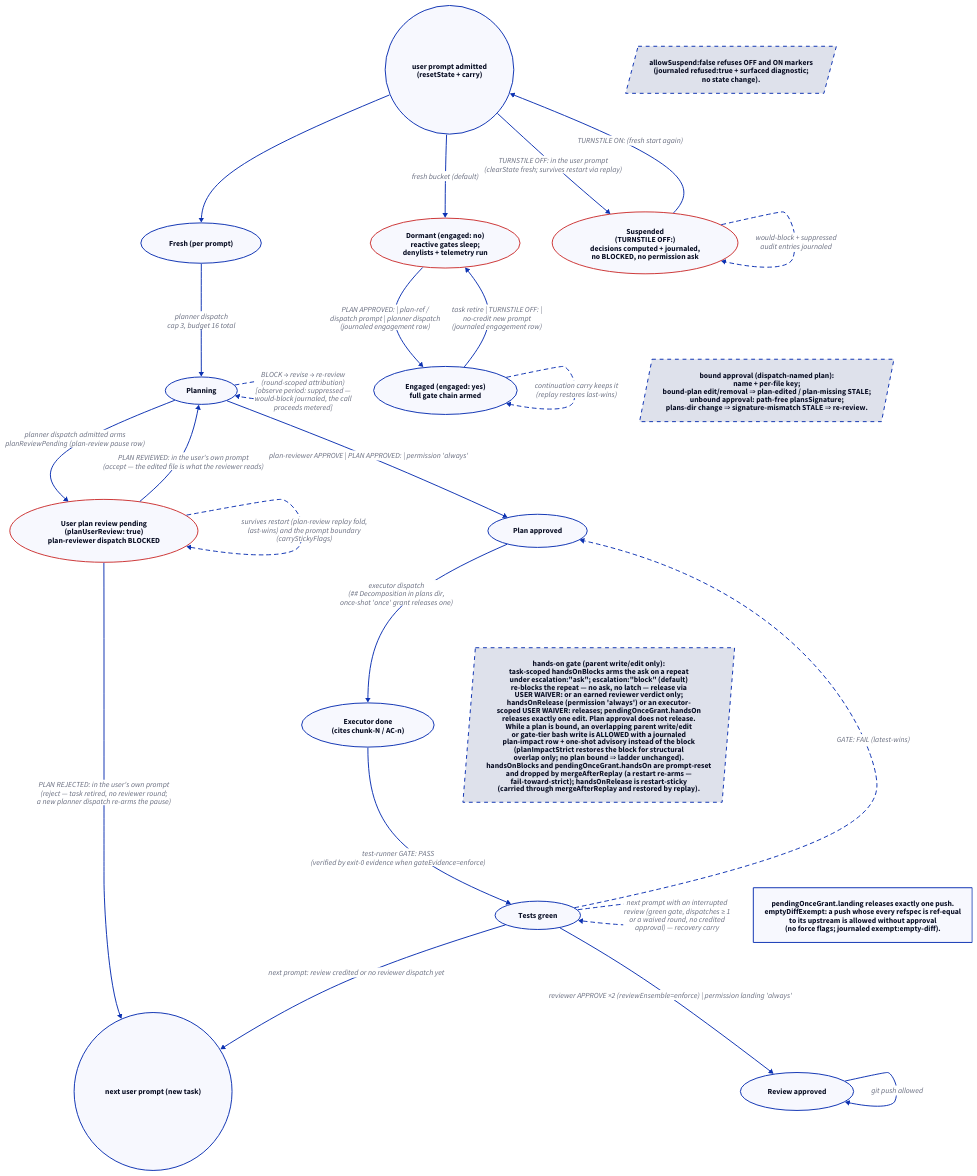
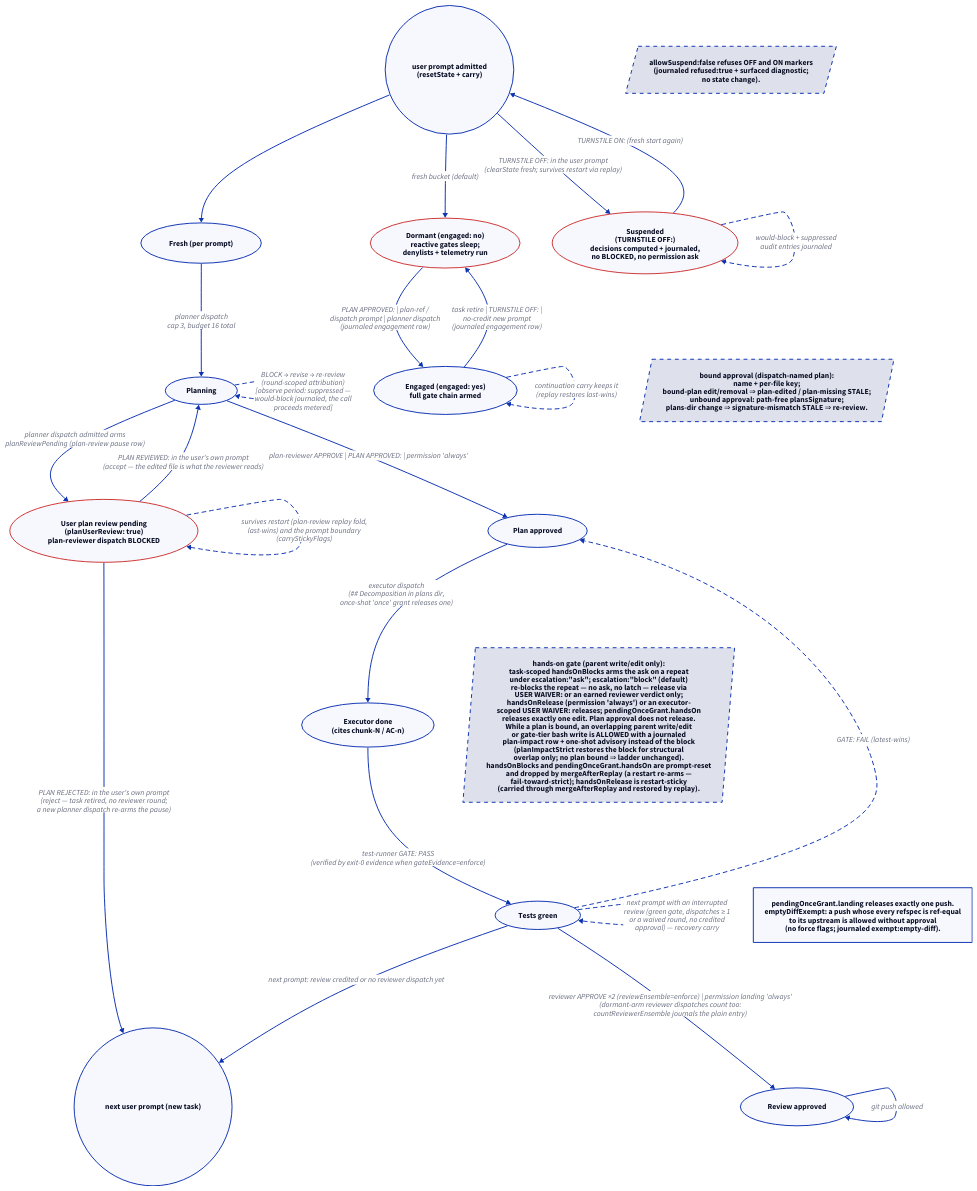
The diagram in docs/diagrams/d04-gate-state.d2 (edseabolt/turnstile), drawn with D2 before and after one commit. The commit also changed 8 other files, not shown here.

Commit message:
fix(guard): count reviewer ensemble on dormant dispatch admit path

```diff
--- a/docs/diagrams/d04-gate-state.d2
+++ b/docs/diagrams/d04-gate-state.d2
@@ -1,106 +1,106 @@
 direction: down
 
 fresh: "Fresh (per prompt)" {
   shape: oval
 }
 planning: "Planning" {
   shape: oval
 }
 planok: "Plan approved" {
   shape: oval
 }
 executor: "Executor done\n(cites chunk-N / AC-n)" {
   shape: oval
 }
 green: "Tests green" {
   shape: oval
 }
 reviewed: "Review approved" {
   shape: oval
 }
 end: "next user prompt (new task)" {
   shape: circle
 }
 
 start: "user prompt admitted\n(resetState + carry)" {
   shape: circle
 }
 
 dormant: "Dormant (engaged: no)\nreactive gates sleep;\ndenylists + telemetry run" {
   shape: oval
   style.stroke: "#c33"
 }
 engaged: "Engaged (engaged: yes)\nfull gate chain armed" {
   shape: oval
 }
 
 start -> dormant: "fresh bucket (default)"
 dormant -> engaged: "PLAN APPROVED: | plan-ref /\ndispatch prompt | planner dispatch\n(journaled engagement row)"
 engaged -> dormant: "task retire | TURNSTILE OFF: |\nno-credit new prompt\n(journaled engagement row)"
 engaged -> engaged: "continuation carry keeps it\n(replay restores last-wins)" {
   style.stroke-dash: 4
 }
 
 start -> fresh
 fresh -> planning: "planner dispatch\ncap 3, budget 16 total"
 pause: "User plan review pending\n(planUserReview: true)\nplan-reviewer dispatch BLOCKED" {
   shape: oval
   style.stroke: "#c33"
 }
 planning -> pause: "planner dispatch admitted arms\nplanReviewPending (plan-review pause row)"
 pause -> planning: "PLAN REVIEWED: in the user's own prompt\n(accept — the edited file is what the reviewer reads)"
 pause -> end: "PLAN REJECTED: in the user's own prompt\n(reject — task retired, no reviewer round;\na new planner dispatch re-arms the pause)"
 pause -> pause: "survives restart (plan-review replay fold,\nlast-wins) and the prompt boundary\n(carryStickyFlags)" {
   style.stroke-dash: 4
 }
 planning -> planok: "plan-reviewer APPROVE | PLAN APPROVED: | permission 'always'"
 planning -> planning: "BLOCK → revise → re-review\n(round-scoped attribution)\n[observe period: suppressed —\nwould-block journaled, the call\nproceeds metered]" {
   style.stroke-dash: 4
 }
 planok -> executor: "executor dispatch\n(## Decomposition in plans dir,\nonce-shot 'once' grant releases one)"
 executor -> green: "test-runner GATE: PASS\n(verified by exit-0 evidence when gateEvidence=enforce)"
 green -> planok: "GATE: FAIL (latest-wins)" {
   style.stroke-dash: 4
 }
-green -> reviewed: "reviewer APPROVE ×2 (reviewEnsemble=enforce) | permission landing 'always'"
+green -> reviewed: "reviewer APPROVE ×2 (reviewEnsemble=enforce) | permission landing 'always'\n(dormant-arm reviewer dispatches count too:\ncountReviewerEnsemble journals the plain entry)"
 reviewed -> reviewed: "git push allowed"
 green -> end: "next prompt: review credited or no reviewer dispatch yet"
 green -> green: "next prompt with an interrupted\nreview (green gate, dispatches ≥ 1\nor a waived round, no credited\napproval) — recovery carry" {
   style.stroke-dash: 4
 }
 
 suspend: "Suspended\n(TURNSTILE OFF:)\ndecisions computed + journaled,\nno BLOCKED, no permission ask" {
   shape: oval
   style.stroke: "#c33"
 }
 suspend -> suspend: "would-block + suppressed\naudit entries journaled" {
   style.stroke-dash: 4
 }
 start -> suspend: "TURNSTILE OFF: in the user prompt\n(clearState fresh; survives restart via replay)"
 suspend -> start: "TURNSTILE ON: (fresh start again)"
 refused-note: "allowSuspend:false refuses OFF and ON markers\n(journaled refused:true + surfaced diagnostic;\nno state change)." {
   style.stroke-dash: 4
   shape: parallelogram
 }
 refused-note -> suspend: "" {
   style.opacity: 0
 }
 
 planok-note: "bound approval (dispatch-named plan):\nname + per-file key;\nbound-plan edit/removal ⇒ plan-edited / plan-missing STALE;\nunbound approval: path-free plansSignature;\nplans-dir change ⇒ signature-mismatch STALE ⇒ re-review." {
   style.stroke-dash: 4
   shape: parallelogram
 }
 reviewed-note: "pendingOnceGrant.landing releases exactly one push.\nemptyDiffExempt: a push whose every refspec is ref-equal\nto its upstream is allowed without approval\n(no force flags; journaled exempt:empty-diff)."
 handson-note: "hands-on gate (parent write/edit only):\ntask-scoped handsOnBlocks arms the ask on a repeat\nunder escalation:\"ask\"; escalation:\"block\" (default)\nre-blocks the repeat — no ask, no latch — release via\nUSER WAIVER: or an earned reviewer verdict only;\nhandsOnRelease (permission 'always') or an executor-\nscoped USER WAIVER: releases; pendingOnceGrant.handsOn\nreleases exactly one edit. Plan approval does not release.\nWhile a plan is bound, an overlapping parent write/edit\nor gate-tier bash write is ALLOWED with a journaled\nplan-impact row + one-shot advisory instead of the block\n(planImpactStrict restores the block for structural\noverlap only; no plan bound ⇒ ladder unchanged).\nhandsOnBlocks and pendingOnceGrant.handsOn are prompt-reset\nand dropped by mergeAfterReplay (a restart re-arms —\nfail-toward-strict); handsOnRelease is restart-sticky\n(carried through mergeAfterReplay and restored by replay)." {
   style.stroke-dash: 4
   shape: parallelogram
 }
 planok-note -> planok: "" {
   style.opacity: 0
 }
 reviewed-note -> reviewed: "" {
   style.opacity: 0
 }
 handson-note -> green: "" {
   style.opacity: 0
 }
```
